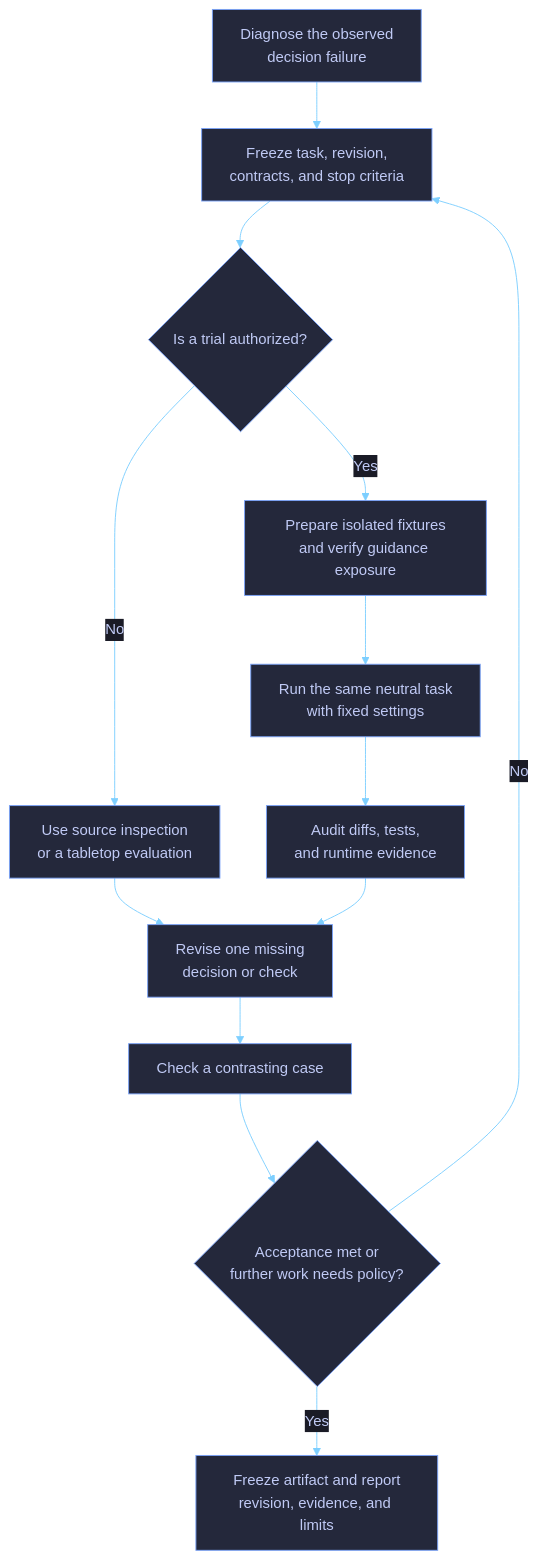
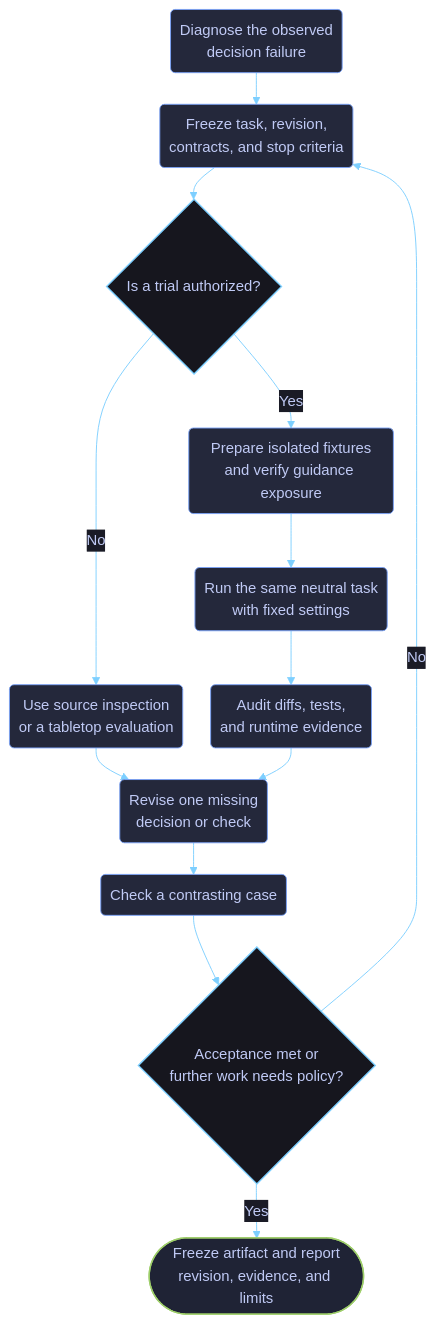
One commit to dvo-dev/copilot-guidance changed the diagram in docs/skill-workflows/refine-agent-guidance.md. Above: the diagram before and after it, drawn with Mermaid. The commit also changed other lines of this file and 10 other files, not shown here.

Commit message:
Polish workflow diagrams and stable links

````diff
--- a/docs/skill-workflows/refine-agent-guidance.md
+++ b/docs/skill-workflows/refine-agent-guidance.md
@@ -15,16 +15,23 @@
 ```mermaid
-%%{init: {"theme":"base","themeVariables":{"background":"#1a1b26","primaryColor":"#24283b","primaryTextColor":"#c0caf5","primaryBorderColor":"#7aa2f7","secondaryColor":"#1f2335","secondaryTextColor":"#c0caf5","secondaryBorderColor":"#bb9af7","tertiaryColor":"#16161e","tertiaryTextColor":"#c0caf5","tertiaryBorderColor":"#7dcfff","lineColor":"#7dcfff","textColor":"#c0caf5","mainBkg":"#24283b","nodeBorder":"#7aa2f7","clusterBkg":"#16161e","clusterBorder":"#565f89","defaultLinkColor":"#7dcfff","edgeLabelBackground":"#1a1b26","titleColor":"#bb9af7","fontFamily":"ui-monospace, SFMono-Regular, Menlo, Monaco, Consolas, Liberation Mono, monospace"},"flowchart":{"curve":"basis","htmlLabels":true}}}%%
+%%{init: {"theme":"base","themeVariables":{"background":"#1a1b26","primaryColor":"#24283b","primaryTextColor":"#c0caf5","primaryBorderColor":"#7aa2f7","secondaryColor":"#1f2335","secondaryTextColor":"#c0caf5","secondaryBorderColor":"#bb9af7","tertiaryColor":"#16161e","tertiaryTextColor":"#c0caf5","tertiaryBorderColor":"#7dcfff","lineColor":"#7dcfff","textColor":"#c0caf5","mainBkg":"#24283b","nodeBorder":"#7aa2f7","clusterBkg":"#16161e","clusterBorder":"#565f89","defaultLinkColor":"#7dcfff","edgeLabelBackground":"#1a1b26","titleColor":"#bb9af7","fontFamily":"ui-monospace, SFMono-Regular, Menlo, Monaco, Consolas, Liberation Mono, monospace"},"flowchart":{"curve":"basis","htmlLabels":true,"nodeSpacing":30,"rankSpacing":34,"padding":10}}}%%
 flowchart TD
-    A["Diagnose the observed<br/>decision failure"] --> B["Freeze task, revision,<br/>contracts, and stop criteria"]
+    A("Diagnose the observed<br/>decision failure") --> B("Freeze task, revision,<br/>contracts, and stop criteria")
     B --> C{"Is a trial authorized?"}
-    C -->|No| D["Use source inspection<br/>or a tabletop evaluation"]
-    C -->|Yes| E["Prepare isolated fixtures<br/>and verify guidance exposure"]
-    E --> F["Run the same neutral task<br/>with fixed settings"]
-    F --> G["Audit diffs, tests,<br/>and runtime evidence"]
-    D --> H["Revise one missing<br/>decision or check"]
+    C -->|No| D("Use source inspection<br/>or a tabletop evaluation")
+    C -->|Yes| E("Prepare isolated fixtures<br/>and verify guidance exposure")
+    E --> F("Run the same neutral task<br/>with fixed settings")
+    F --> G("Audit diffs, tests,<br/>and runtime evidence")
+    D --> H("Revise one missing<br/>decision or check")
     G --> H
-    H --> I["Check a contrasting case"]
+    H --> I("Check a contrasting case")
     I --> J{"Acceptance met or<br/>further work needs policy?"}
     J -->|No| B
-    J -->|Yes| K["Freeze artifact and report<br/>revision, evidence, and limits"]
+    J -->|Yes| K(["Freeze artifact and report<br/>revision, evidence, and limits"])
+
+    classDef stage fill:#24283b,stroke:#7aa2f7,stroke-width:1px,color:#c0caf5;
+    classDef outcome fill:#1f2335,stroke:#9ece6a,stroke-width:1.5px,color:#c0caf5;
+    classDef decision fill:#16161e,stroke:#7dcfff,stroke-width:1.5px,color:#c0caf5;
+    class A,B,D,E,F,G,H,I stage;
+    class K outcome;
+    class C,J decision;
 ```
````
